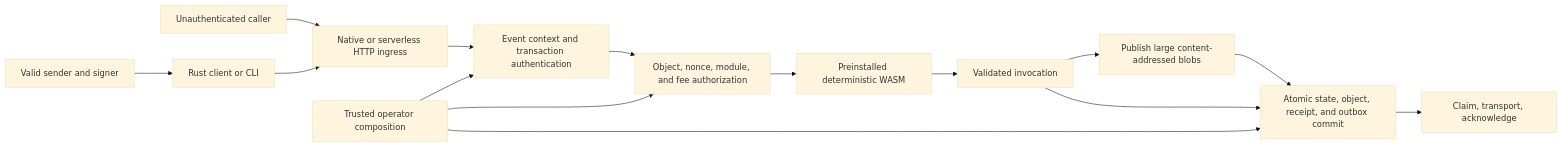
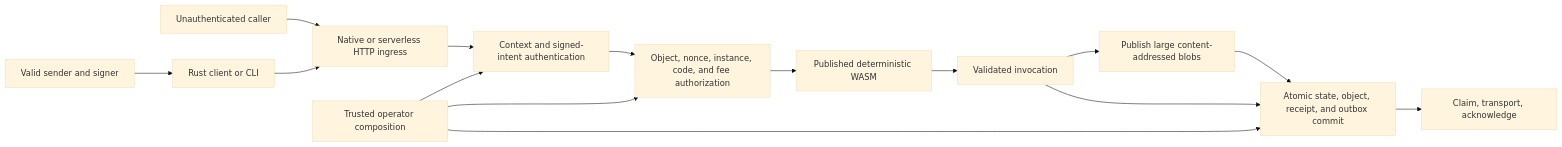
Before and after one commit to sunriselayer/sunrise-edge: the diagram in docs/security/threat-model.md, drawn with Mermaid (base theme). The commit also changed other lines of this file and 57 other files, not shown here.

````diff
--- a/docs/security/threat-model.md
+++ b/docs/security/threat-model.md
@@ -25,17 +27,17 @@
 ```mermaid
 flowchart LR
     U[Unauthenticated caller] --> I[Native or serverless HTTP ingress]
     S[Valid sender and signer] --> C[Rust client or CLI]
     C --> I
-    I --> A[Event context and transaction authentication]
-    A --> O[Object, nonce, module, and fee authorization]
-    O --> W[Preinstalled deterministic WASM]
+    I --> A[Context and signed-intent authentication]
+    A --> O[Object, nonce, instance, code, and fee authorization]
+    O --> W[Published deterministic WASM]
     W --> V[Validated invocation]
     V --> B[Publish large content-addressed blobs]
     B --> D[Atomic state, object, receipt, and outbox commit]
     V --> D
     D --> T[Claim, transport, acknowledge]
     P[Trusted operator composition] --> A
     P --> O
     P --> D
 ```
````
